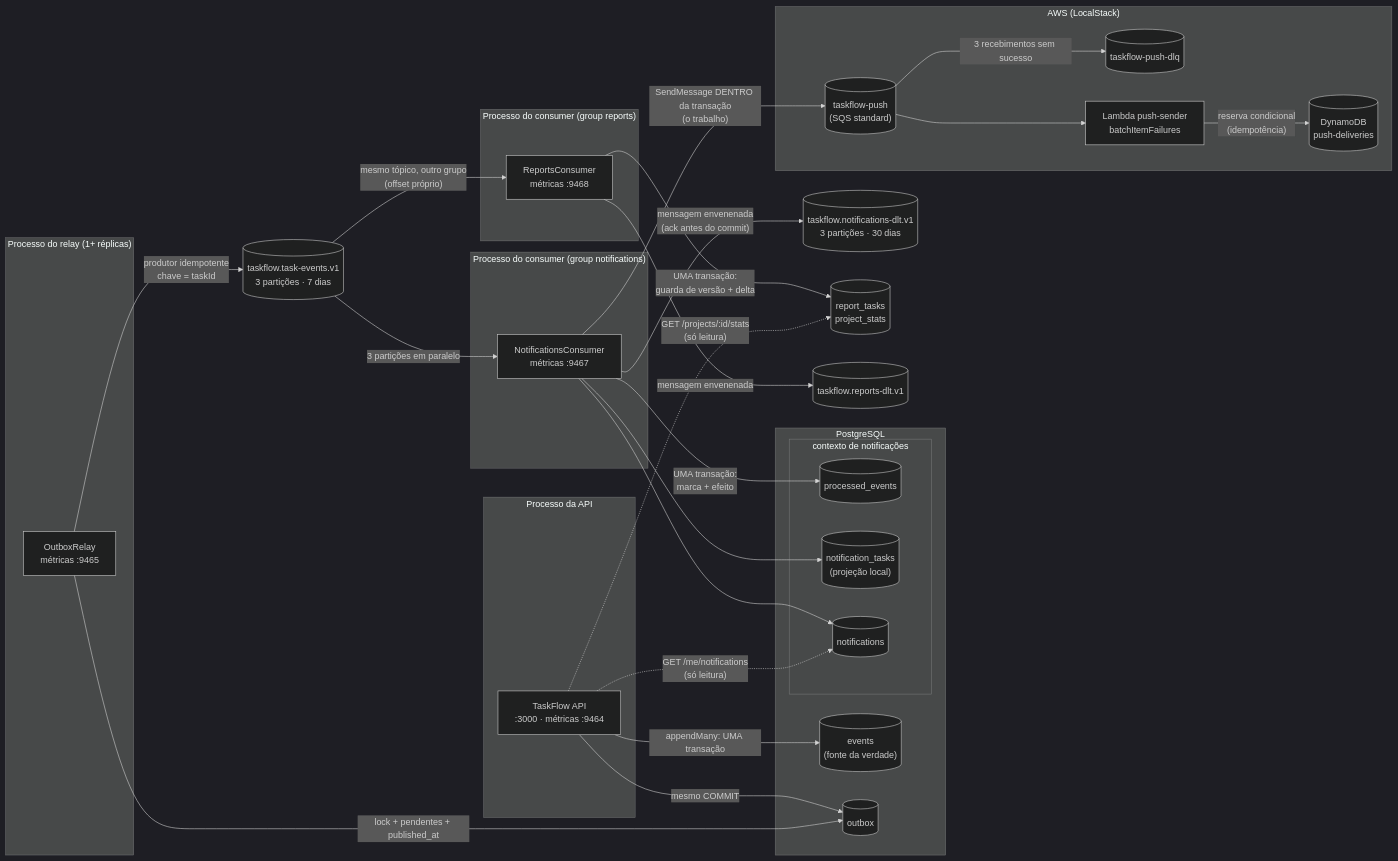
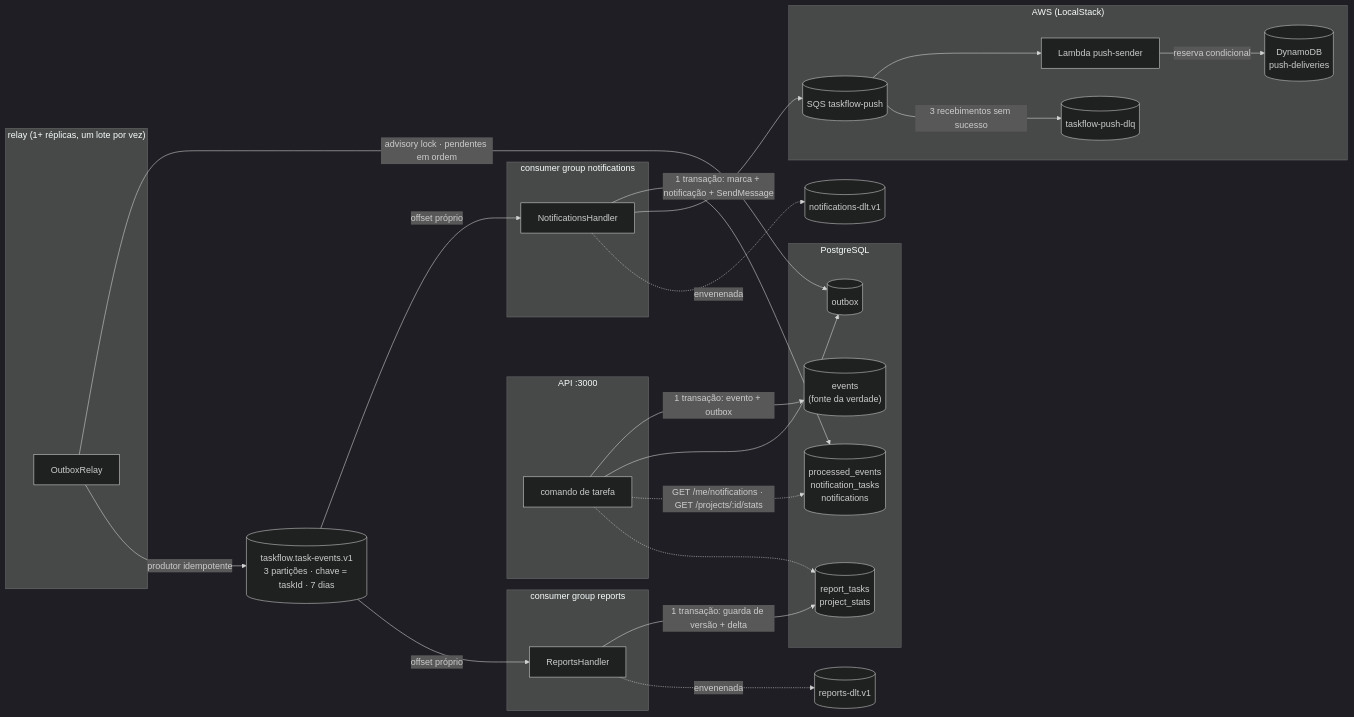
The first of 2 diagrams in docs/modules/13-mensageria-kafka.md (cassiocidrini/TaskFlow), drawn with Mermaid (dark theme) before and after one commit. The commit also changed other lines of this file and 11 other files, not shown here.

````diff
--- a/docs/modules/13-mensageria-kafka.md
+++ b/docs/modules/13-mensageria-kafka.md
@@ -69,48 +74,45 @@
 ```mermaid
 flowchart LR
-    subgraph api["Processo da API"]
-        API["TaskFlow API<br/>:3000 · métricas :9464"]
+    subgraph api["API :3000"]
+        API["comando de tarefa"]
     end
     subgraph pg["PostgreSQL"]
         EV[("events<br/>(fonte da verdade)")]
         OB[("outbox")]
-        subgraph nctx["contexto de notificações"]
-            PE[("processed_events")]
-            NT[("notification_tasks<br/>(projeção local)")]
-            NO[("notifications")]
-        end
+        NT[("processed_events<br/>notification_tasks<br/>notifications")]
+        RS[("report_tasks<br/>project_stats")]
     end
-    subgraph relay["Processo do relay (1+ réplicas)"]
-        R["OutboxRelay<br/>métricas :9465"]
+    subgraph relay["relay (1+ réplicas, um lote por vez)"]
+        R["OutboxRelay"]
     end
-    subgraph cons["Processo do consumer (group notifications)"]
-        C["NotificationsConsumer<br/>métricas :9467"]
+    T1[("taskflow.task-events.v1<br/>3 partições · chave = taskId · 7 dias")]
+    subgraph cn["consumer group notifications"]
+        C["NotificationsHandler"]
     end
-    API -->|"appendMany: UMA transação"| EV
-    API -->|"mesmo COMMIT"| OB
-    R -->|"lock + pendentes + published_at"| OB
-    R -->|"produtor idempotente<br/>chave = taskId"| T1[("taskflow.task-events.v1<br/>3 partições · 7 dias")]
-    T1 -->|"3 partições em paralelo"| C
-    C -->|"mensagem envenenada<br/>(ack antes do commit)"| DLT[("taskflow.notifications-dlt.v1<br/>3 partições · 30 dias")]
-    C -->|"UMA transação:<br/>marca + efeito"| PE
-    C --> NT
-    C --> NO
-    API -.->|"GET /me/notifications<br/>(só leitura)"| NO
-    subgraph rep["Processo do consumer (group reports)"]
-        RC["ReportsConsumer<br/>métricas :9468"]
+    subgraph cr["consumer group reports"]
+        RC["ReportsHandler"]
     end
-    T1 -->|"mesmo tópico, outro grupo<br/>(offset próprio)"| RC
-    RC -->|"UMA transação:<br/>guarda de versão + delta"| RS[("report_tasks<br/>project_stats")]
-    RC -->|"mensagem envenenada"| RDLT[("taskflow.reports-dlt.v1")]
-    API -.->|"GET /projects/:id/stats<br/>(só leitura)"| RS
     subgraph aws["AWS (LocalStack)"]
-        PQ[("taskflow-push<br/>(SQS standard)")]
+        PQ[("SQS taskflow-push")]
         PDLQ[("taskflow-push-dlq")]
-        L["Lambda push-sender<br/>batchItemFailures"]
+        L["Lambda push-sender"]
         DD[("DynamoDB<br/>push-deliveries")]
     end
-    C -->|"SendMessage DENTRO da transação<br/>(o trabalho)"| PQ
+
+    API -->|"1 transação: evento + outbox"| EV
+    API --> OB
+    R -->|"advisory lock · pendentes em ordem"| OB
+    R -->|"produtor idempotente"| T1
+    T1 -->|"offset próprio"| C
+    T1 -->|"offset próprio"| RC
+    C -->|"1 transação: marca + notificação + SendMessage"| NT
+    C --> PQ
+    RC -->|"1 transação: guarda de versão + delta"| RS
     PQ --> L
-    L -->|"reserva condicional<br/>(idempotência)"| DD
+    L -->|"reserva condicional"| DD
     PQ -->|"3 recebimentos sem sucesso"| PDLQ
+    C -.->|"envenenada"| DLT1[("notifications-dlt.v1")]
+    RC -.->|"envenenada"| DLT2[("reports-dlt.v1")]
+    API -.->|"GET /me/notifications · GET /projects/:id/stats"| NT
+    API -.-> RS
 ```
````
